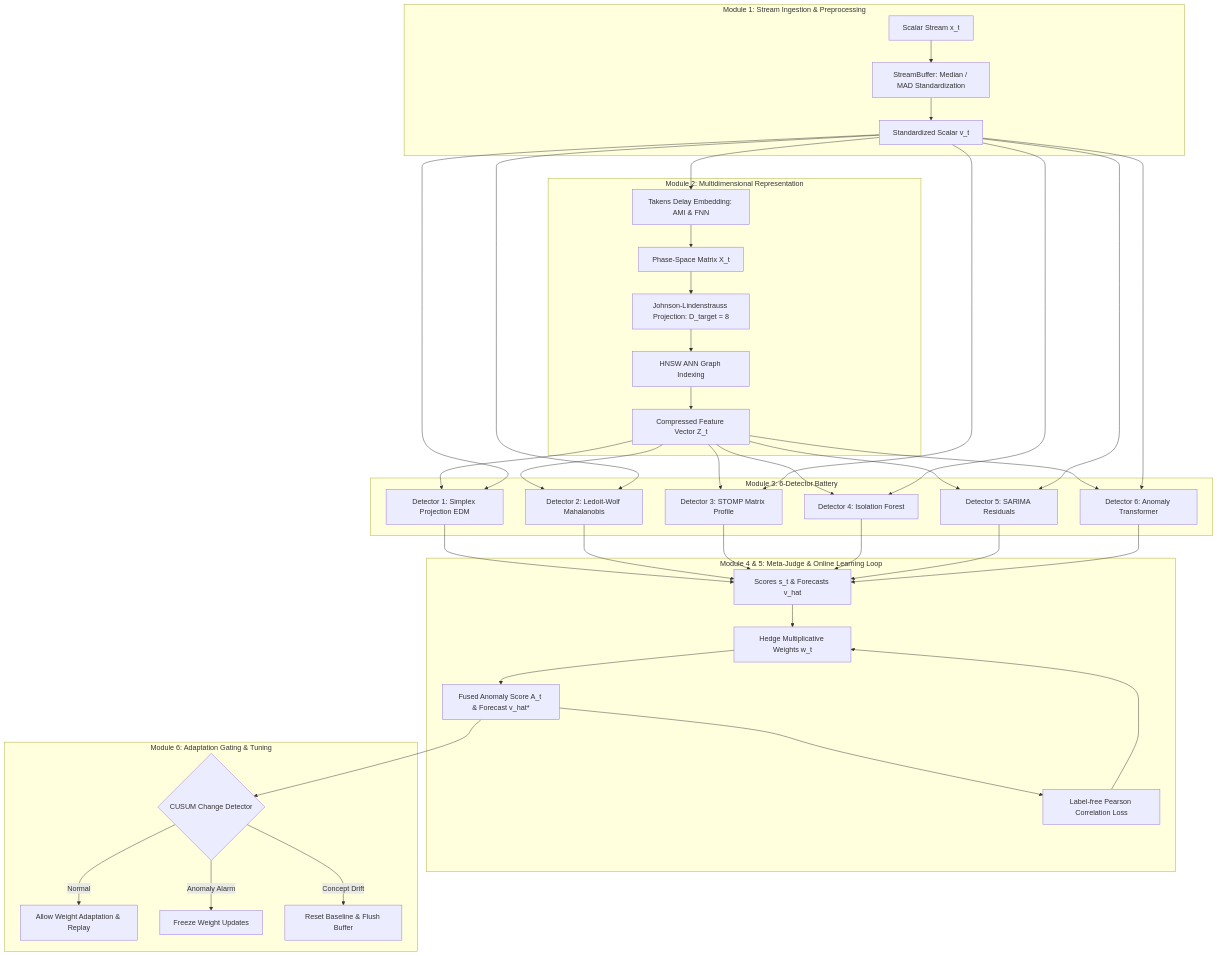
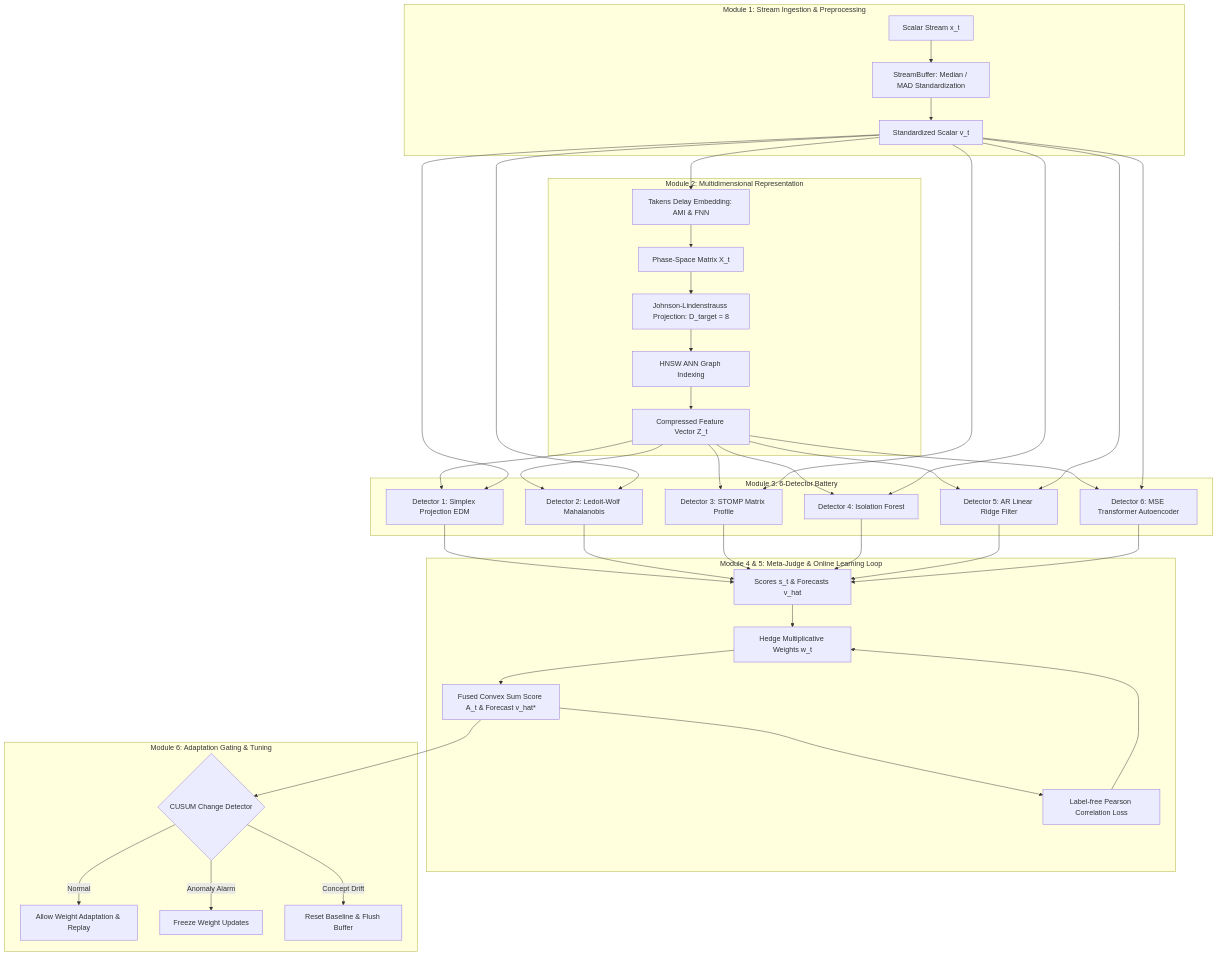
Before and after one commit to mohamedhossammohamed/open-phase-ensemble: the diagram in README.md, drawn with Mermaid. The commit also changed other lines of this file and 12 other files, not shown here.

````diff
--- a/README.md
+++ b/README.md
@@ -21,39 +21,39 @@
 ```mermaid
 flowchart TD
     subgraph Ingestion ["Module 1: Stream Ingestion & Preprocessing"]
         Stream[Scalar Stream x_t] --> Buffer[StreamBuffer: Median / MAD Standardization]
         Buffer --> StreamV[Standardized Scalar v_t]
     end
 
     subgraph Representation ["Module 2: Multidimensional Representation"]
         StreamV --> Takens[Takens Delay Embedding: AMI & FNN]
         Takens --> MatrixX[Phase-Space Matrix X_t]
         MatrixX --> JL[Johnson-Lindenstrauss Projection: D_target = 8]
         JL --> HNSW[HNSW ANN Graph Indexing]
         HNSW --> VectorZ[Compressed Feature Vector Z_t]
     end
 
     subgraph Battery ["Module 3: 6-Detector Battery"]
         VectorZ & StreamV --> D1[Detector 1: Simplex Projection EDM]
         VectorZ & StreamV --> D2[Detector 2: Ledoit-Wolf Mahalanobis]
         VectorZ & StreamV --> D3[Detector 3: STOMP Matrix Profile]
         VectorZ & StreamV --> D4[Detector 4: Isolation Forest]
-        VectorZ & StreamV --> D5[Detector 5: SARIMA Residuals]
-        VectorZ & StreamV --> D6[Detector 6: Anomaly Transformer]
+        VectorZ & StreamV --> D5[Detector 5: AR Linear Ridge Filter]
+        VectorZ & StreamV --> D6[Detector 6: MSE Transformer Autoencoder]
     end
 
     subgraph MetaJudge ["Module 4 & 5: Meta-Judge & Online Learning Loop"]
         D1 & D2 & D3 & D4 & D5 & D6 --> Scores[Scores s_t & Forecasts v_hat]
         Scores --> Hedge[Hedge Multiplicative Weights w_t]
-        Hedge --> Fusion[Fused Anomaly Score A_t & Forecast v_hat*]
+        Hedge --> Fusion[Fused Convex Sum Score A_t & Forecast v_hat*]
         Fusion --> PearsonLoss[Label-free Pearson Correlation Loss]
         PearsonLoss --> Hedge
     end
 
     subgraph Gating ["Module 6: Adaptation Gating & Tuning"]
         Fusion --> CUSUM{CUSUM Change Detector}
         CUSUM -- Normal --> Adapt[Allow Weight Adaptation & Replay]
         CUSUM -- Anomaly Alarm --> Freeze[Freeze Weight Updates]
         CUSUM -- Concept Drift --> Flush[Reset Baseline & Flush Buffer]
     end
 ```
````
